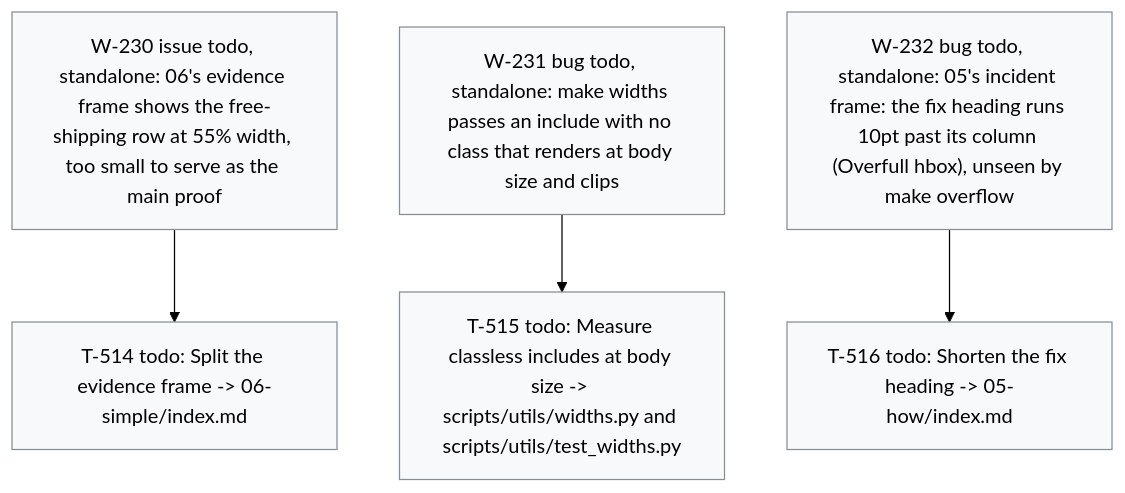
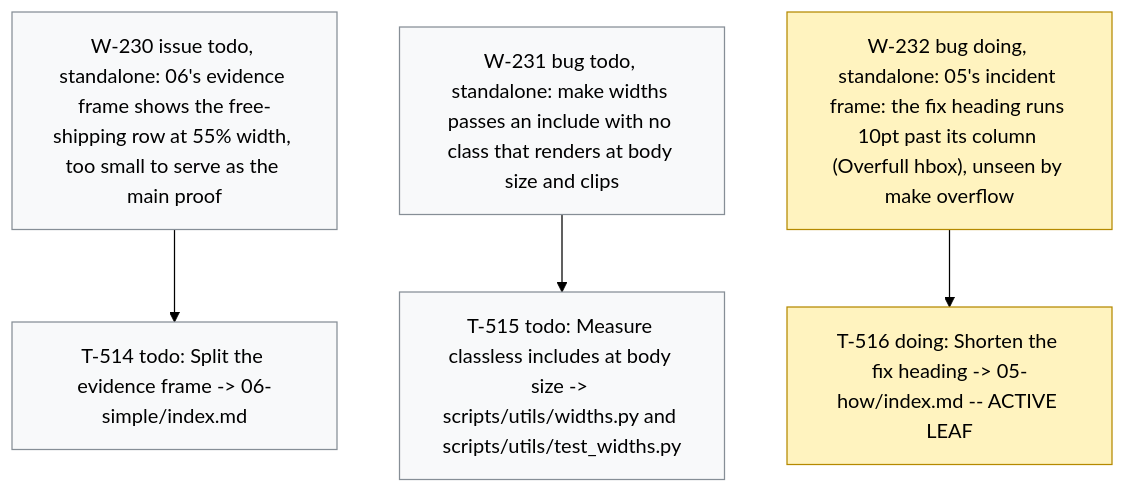
One commit to dpopchev/chaos-to-simple changed the diagram in .board/BOARD.md. Above: the diagram before and after it, drawn with Mermaid (forest theme). The commit also changed other lines of this file and 2 other files, not shown here.

Commit message:
chore(board): activate W-232, start T-516
Refs: W-232 T-516

````diff
--- a/.board/BOARD.md
+++ b/.board/BOARD.md
@@ -1368,15 +1368,16 @@
 ```mermaid
 flowchart TD
   W230["W-230 issue todo, standalone: 06's evidence frame shows the free-shipping row at 55% width, too small to serve as the main proof"]
   W230 --> T514["T-514 todo: Split the evidence frame -> 06-simple/index.md"]
   W231["W-231 bug todo, standalone: make widths passes an include with no class that renders at body size and clips"]
   W231 --> T515["T-515 todo: Measure classless includes at body size -> scripts/utils/widths.py and scripts/utils/test_widths.py"]
-  W232["W-232 bug todo, standalone: 05's incident frame: the fix heading runs 10pt past its column (Overfull hbox), unseen by make overflow"]
-  W232 --> T516["T-516 todo: Shorten the fix heading -> 05-how/index.md"]
+  W232["W-232 bug doing, standalone: 05's incident frame: the fix heading runs 10pt past its column (Overfull hbox), unseen by make overflow"]
+  W232 --> T516["T-516 doing: Shorten the fix heading -> 05-how/index.md -- ACTIVE LEAF"]
   classDef doing fill:#fff3bf,stroke:#b58900,color:#000;
   classDef blocked fill:#ffe3e3,stroke:#c92a2a,color:#000;
   classDef done fill:#e6ffed,stroke:#2b8a3e,color:#000;
   classDef todo fill:#f8f9fa,stroke:#868e96,color:#000;
   classDef pruned fill:#f1f3f5,stroke:#adb5bd,color:#000;
-  class W230,T514,W231,T515,W232,T516 todo
+  class W232,T516 doing
+  class W230,T514,W231,T515 todo
 ```
````
